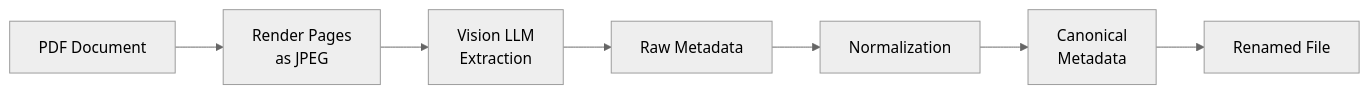
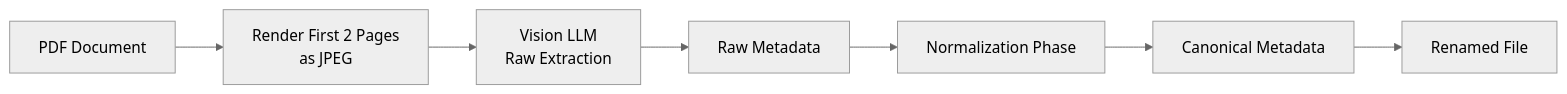
Before and after one commit to tsilva/documentor: the diagram in README.md, drawn with Mermaid (neutral theme). The commit also changed other lines of this file and 1 other file, not shown here.

````diff
--- a/README.md
+++ b/README.md
@@ -148,9 +180,9 @@
 ```mermaid
 graph LR
-    A[PDF Document] --> B[Render Pages<br/>as JPEG]
-    B --> C[Vision LLM<br/>Extraction]
+    A[PDF Document] --> B[Render First 2 Pages<br/>as JPEG]
+    B --> C[Vision LLM<br/>Raw Extraction]
     C --> D[Raw Metadata]
-    D --> E[Normalization]
-    E --> F[Canonical<br/>Metadata]
+    D --> E[Normalization Phase]
+    E --> F[Canonical Metadata]
     F --> G[Renamed File]
 ```
````
